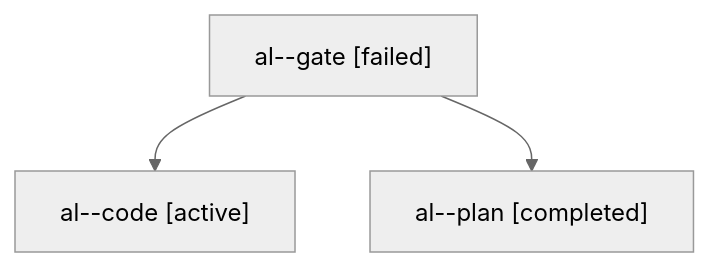
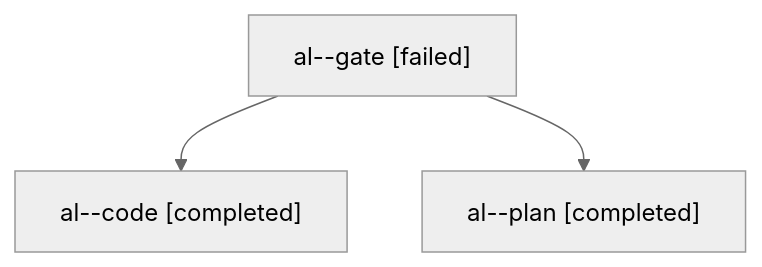
One commit to bobs-org/bob-cli--agents changed the diagram in sessions/bbugyi200.apollo.al.md. Above: the diagram before and after it, drawn with Mermaid (neutral theme). The commit also changed other lines of this file and 654 other files, not shown here.

````diff
--- a/sessions/bbugyi200.apollo.al.md
+++ b/sessions/bbugyi200.apollo.al.md
@@ -9,8 +9,8 @@
 ```mermaid
 flowchart TD
   n0["al--gate [failed]"]
-  n1["al--code [active]"]
+  n1["al--code [completed]"]
   n0 --> n1
   n2["al--plan [completed]"]
   n0 --> n2
 ```
````
